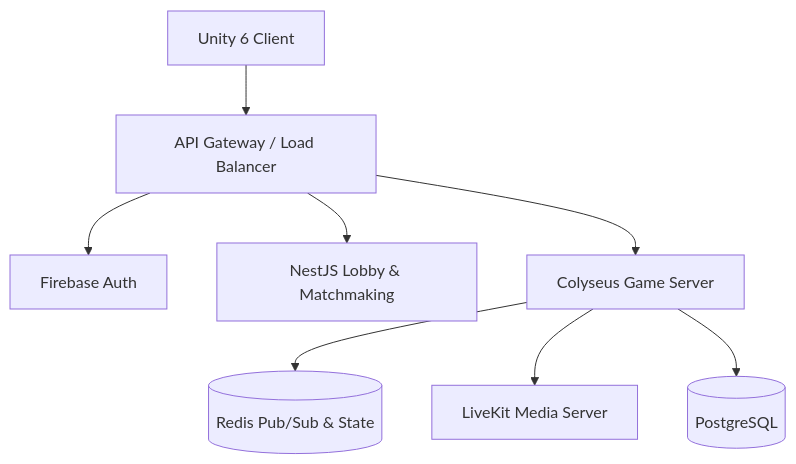
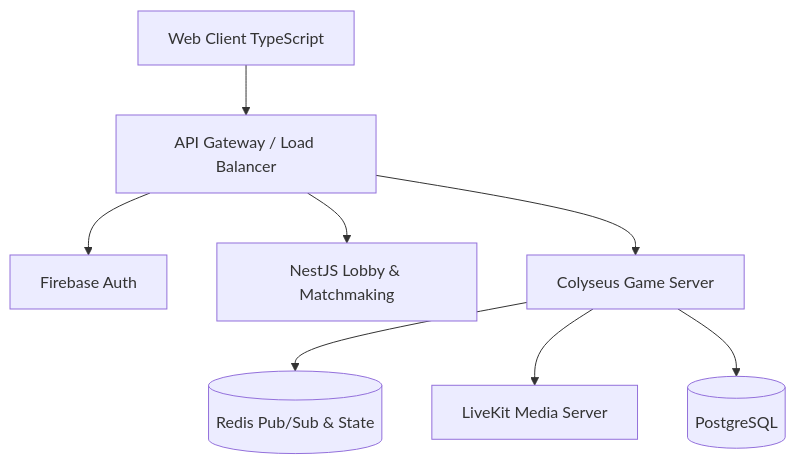
The diagram in docs/SDD.md (laudalelo9525-oss/Ludo-clone-copy), drawn with Mermaid before and after one commit. The commit also changed other lines of this file and 76 other files, not shown here.

````diff
--- a/docs/SDD.md
+++ b/docs/SDD.md
@@ -6,10 +6,10 @@
 ```mermaid
 graph TD
-    Client[Unity 6 Client] --> Gateway[API Gateway / Load Balancer]
+    Client[Web Client TypeScript] --> Gateway[API Gateway / Load Balancer]
     Gateway --> Auth[Firebase Auth]
     Gateway --> Lobby[NestJS Lobby & Matchmaking]
     Gateway --> Colyseus[Colyseus Game Server]
     Colyseus --> Redis[(Redis Pub/Sub & State)]
     Colyseus --> LiveKit[LiveKit Media Server]
     Colyseus --> DB[(PostgreSQL)]
 ```
````
